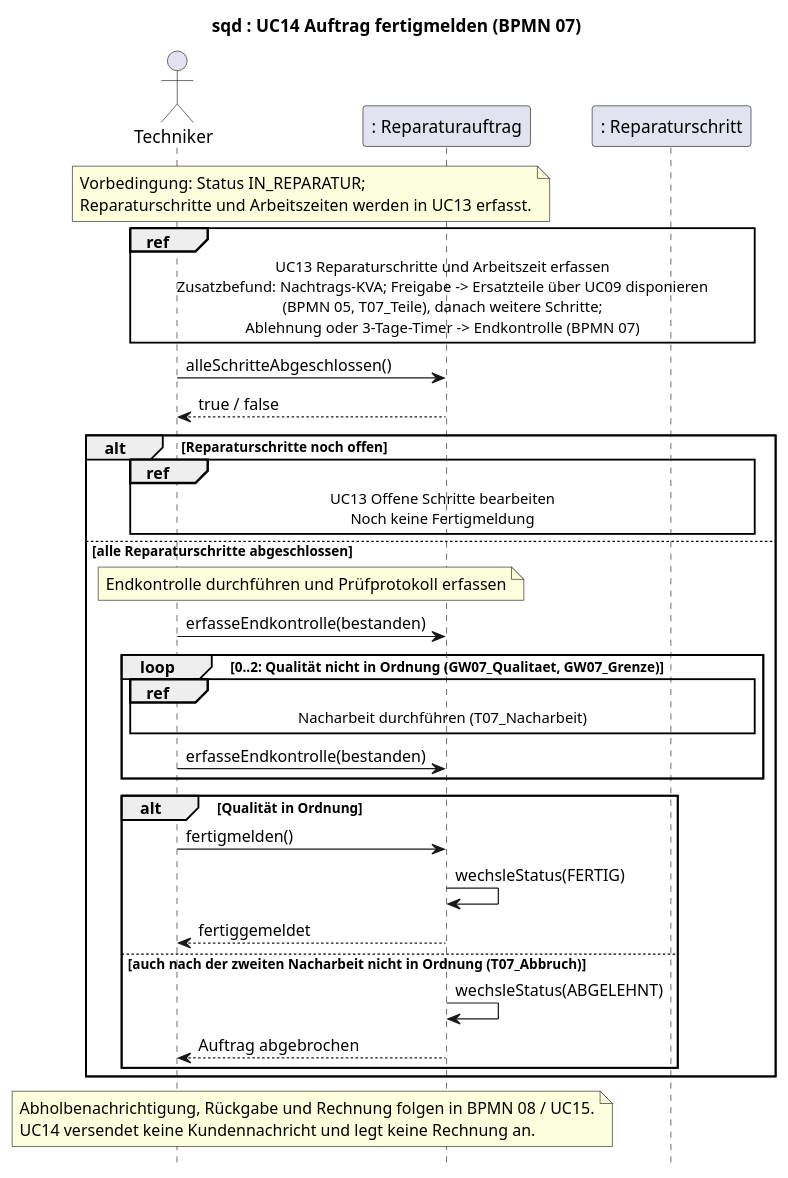
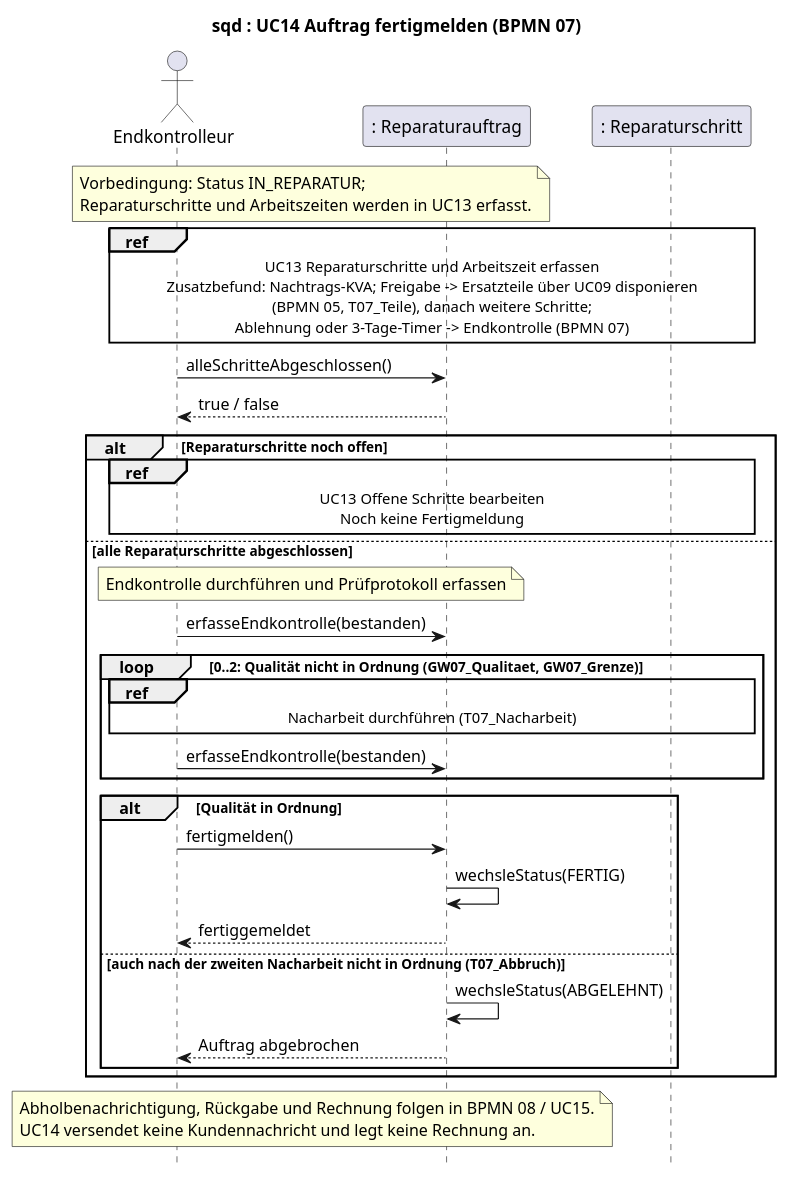
The diagram in 2_uml/entwurf-plantuml/sequenz-04-fertigmeldung.puml (jakobschwan123-cmd/casestudy-semester-3), drawn with PlantUML before and after one commit. The commit also changed 28 other files, not shown here.

```diff
--- a/2_uml/entwurf-plantuml/sequenz-04-fertigmeldung.puml
+++ b/2_uml/entwurf-plantuml/sequenz-04-fertigmeldung.puml
@@ -1,37 +1,37 @@
 @startuml
 ' BPMN: p07-reparaturdurchfuehrung.bpmn
 ' BPMN-Nodes: T07_Status T07_Start T07_Doku GW07_Weitere T07_Nachtrag T07_NachtragSenden E07_Entscheidung E07_Timer GW07_Nachtrag T07_Teile T07_Endkontrolle GW07_Qualitaet GW07_Grenze T07_Nacharbeit T07_Abbruch T07_Fertig
 title sqd : UC14 Auftrag fertigmelden (BPMN 07)
 skinparam defaultFontName Arial
 skinparam sequenceMessageAlign left
 skinparam maxMessageSize 160
 hide footbox
 
-actor Techniker
+actor Endkontrolleur as Techniker
 participant ": Reparaturauftrag" as RA
 participant ": Reparaturschritt" as RS
 
 note over Techniker, RA : Vorbedingung: Status IN_REPARATUR;\nReparaturschritte und Arbeitszeiten werden in UC13 erfasst.
 ref over Techniker, RA, RS : UC13 Reparaturschritte und Arbeitszeit erfassen\nZusatzbefund: Nachtrags-KVA; Freigabe -> Ersatzteile über UC09 disponieren\n(BPMN 05, T07_Teile), danach weitere Schritte;\nAblehnung oder 3-Tage-Timer -> Endkontrolle (BPMN 07)
 Techniker -> RA : alleSchritteAbgeschlossen()
 RA --> Techniker : true / false
 alt Reparaturschritte noch offen
     ref over Techniker, RA, RS : UC13 Offene Schritte bearbeiten\nNoch keine Fertigmeldung
 else alle Reparaturschritte abgeschlossen
     note over Techniker, RA : Endkontrolle durchführen und Prüfprotokoll erfassen
     Techniker -> RA : erfasseEndkontrolle(bestanden)
     loop 0..2: Qualität nicht in Ordnung (GW07_Qualitaet, GW07_Grenze)
         ref over Techniker, RA, RS : Nacharbeit durchführen (T07_Nacharbeit)
         Techniker -> RA : erfasseEndkontrolle(bestanden)
     end
     alt Qualität in Ordnung
         Techniker -> RA : fertigmelden()
         RA -> RA : wechsleStatus(FERTIG)
         RA --> Techniker : fertiggemeldet
     else auch nach der zweiten Nacharbeit nicht in Ordnung (T07_Abbruch)
         RA -> RA : wechsleStatus(ABGELEHNT)
         RA --> Techniker : Auftrag abgebrochen
     end
 end
 note over Techniker, RA : Abholbenachrichtigung, Rückgabe und Rechnung folgen in BPMN 08 / UC15.\nUC14 versendet keine Kundennachricht und legt keine Rechnung an.
 @enduml
```
